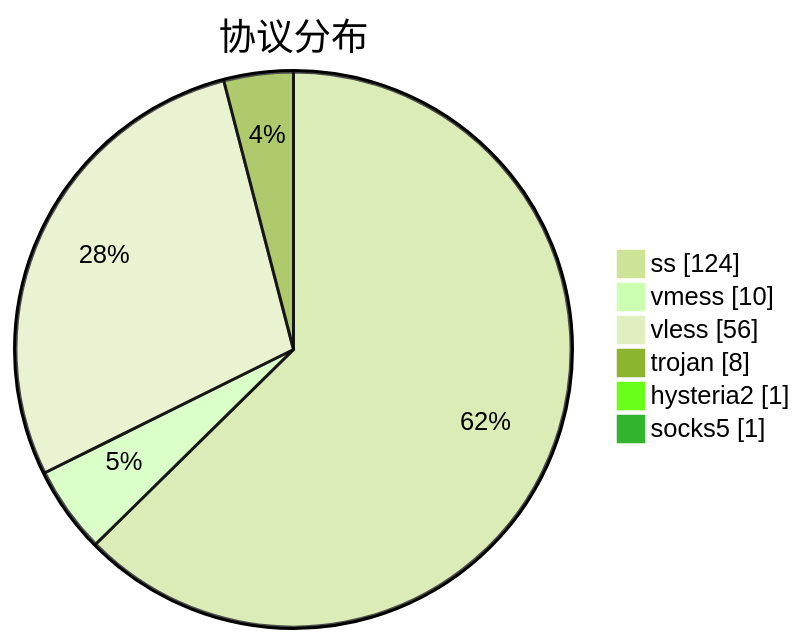
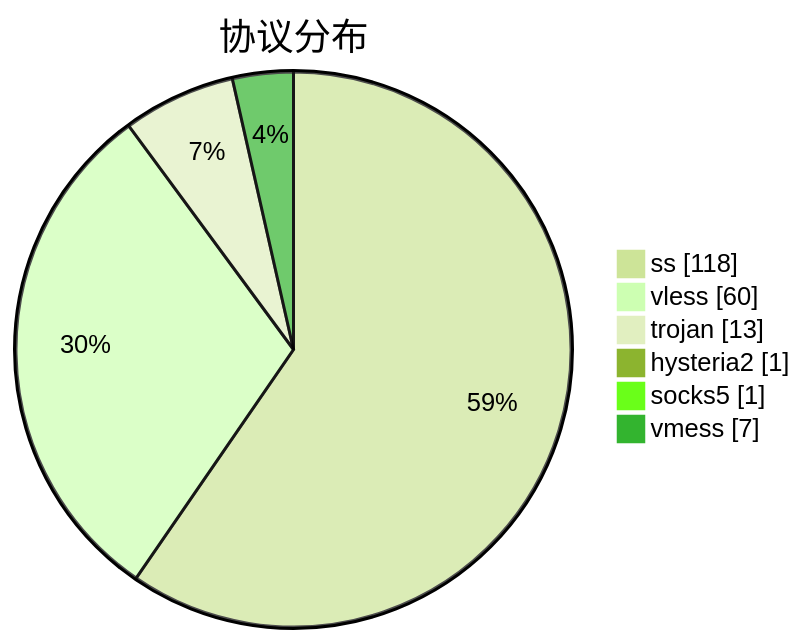
Before and after one commit to qjlxg/airport: the third of 3 diagrams in subs/statistics/tested_within.md, drawn with Mermaid (forest theme). The commit also changed other lines of this file and 2 other files, not shown here.

````diff
--- a/subs/statistics/tested_within.md
+++ b/subs/statistics/tested_within.md
@@ -28,10 +27,10 @@
 ```mermaid
 pie showData
 title 协议分布
-"ss" : 124
-"vmess" : 10
-"vless" : 56
-"trojan" : 8
+"ss" : 118
+"vless" : 60
+"trojan" : 13
 "hysteria2" : 1
 "socks5" : 1
+"vmess" : 7
 ```
````
